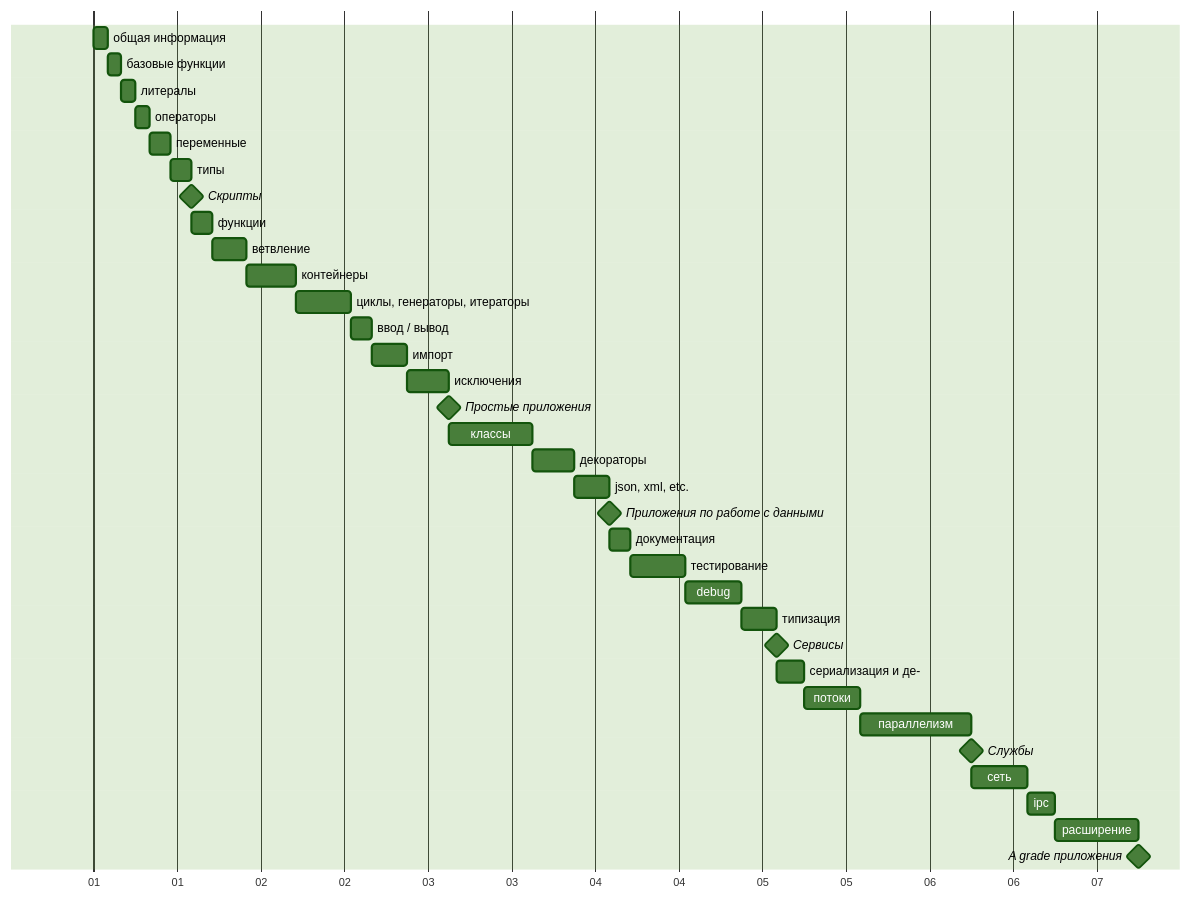
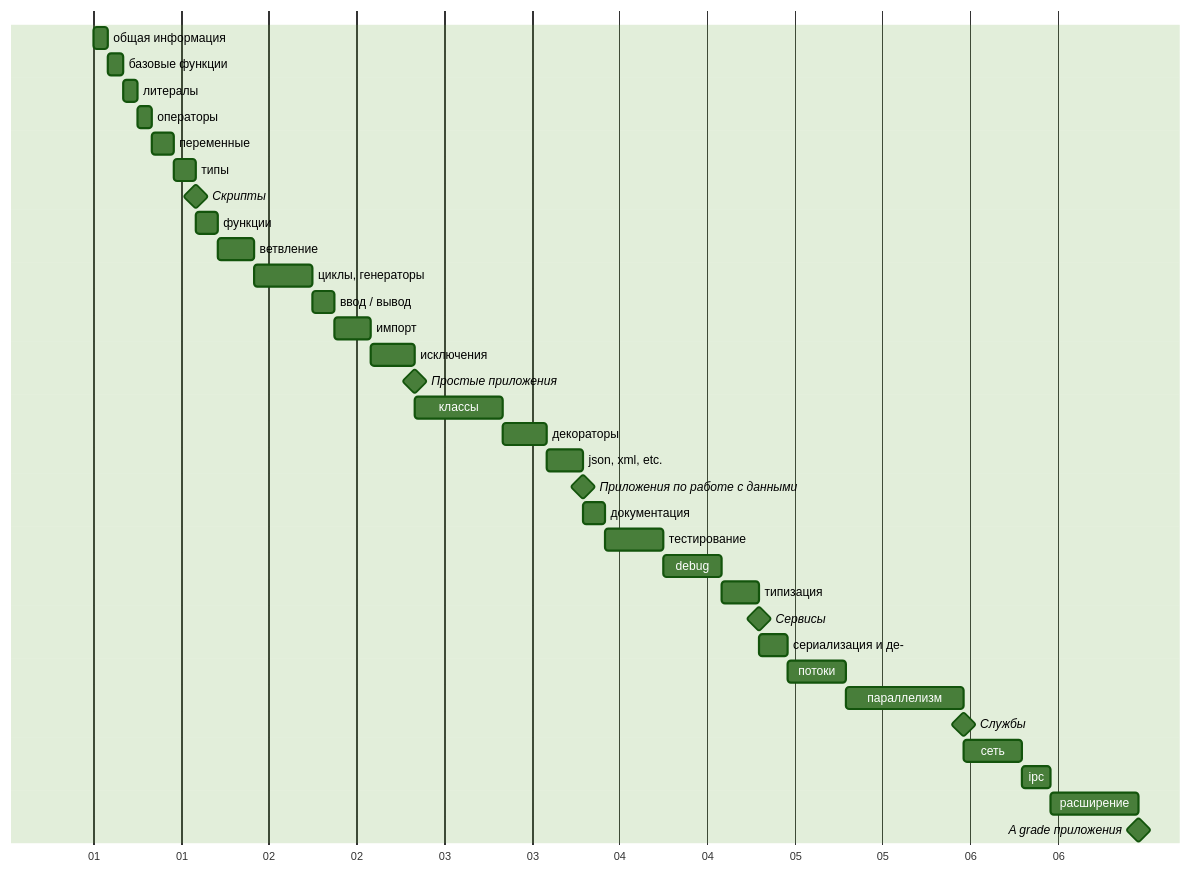
The diagram in README.ru.md (maxja/pythonic), drawn with Mermaid before and after one commit. The commit also changed other lines of this file, not shown here.

````diff
--- a/README.ru.md
+++ b/README.ru.md
@@ -27,40 +28,39 @@
 ```mermaid
 %%{init: {'theme':'forest'}}%%
 gantt
   dateFormat off
   axisFormat %d
   todayMarker off
 
   общая информация      :general,    0, 2h
   базовые функции       :basic,      after general, 2h
   литералы              :literals,   after basic, 2h
   операторы             :operators,  after literals, 2h
   переменные            :var_const,  after operators, 3h
   типы                  :types,      after var_const, 3h
   Скрипты :milestone, m1
   функции               :def,        after types, 3h
   ветвление             :branching,  after def, 5h
-  контейнеры            :containers, after branching, 7h
-  циклы, генераторы, итераторы :loops, after containers, 8h
+  циклы, генераторы     :loops,      after branching, 8h
   ввод / вывод          :io,         after loops, 3h
   импорт                :import,     after io, 5h
   исключения            :exceptions, after import, 6h
   Простые приложения :milestone, m2
   классы                :class,      after exceptions, 12h
   декораторы            :decorators, after class, 6h
   json, xml, etc.       :file_formats, after decorators, 5h
   Приложения по работе с данными :milestone, m3
   документация          :docs,       after file_formats, 3h
   тестирование          :testing,    after docs, 8h
   debug                 :debug,      after testing, 8h
   типизация             :type_system, after debug, 5h
   Сервисы :milestone, m4
   сериализация и де-    :serialization, after type_system, 4h
   потоки                :streams, after serialization, 8h
   параллелизм           :concurrency, after streams, 16h
   Службы :milestone, m5
   сеть                  :net, after concurrency, 8h
   ipc                   :ipc, after net, 4h
   расширение            :extensions, after ipc, 12h
   A grade приложения :milestone, m6
 ```
````
